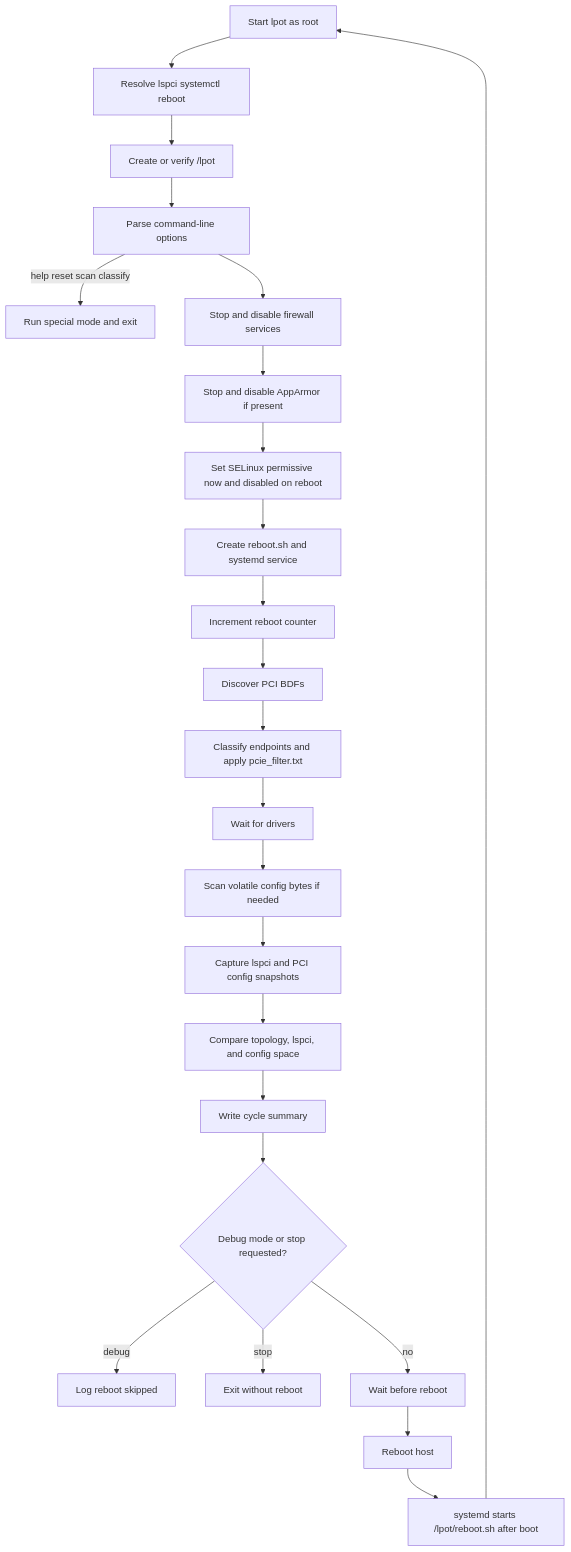
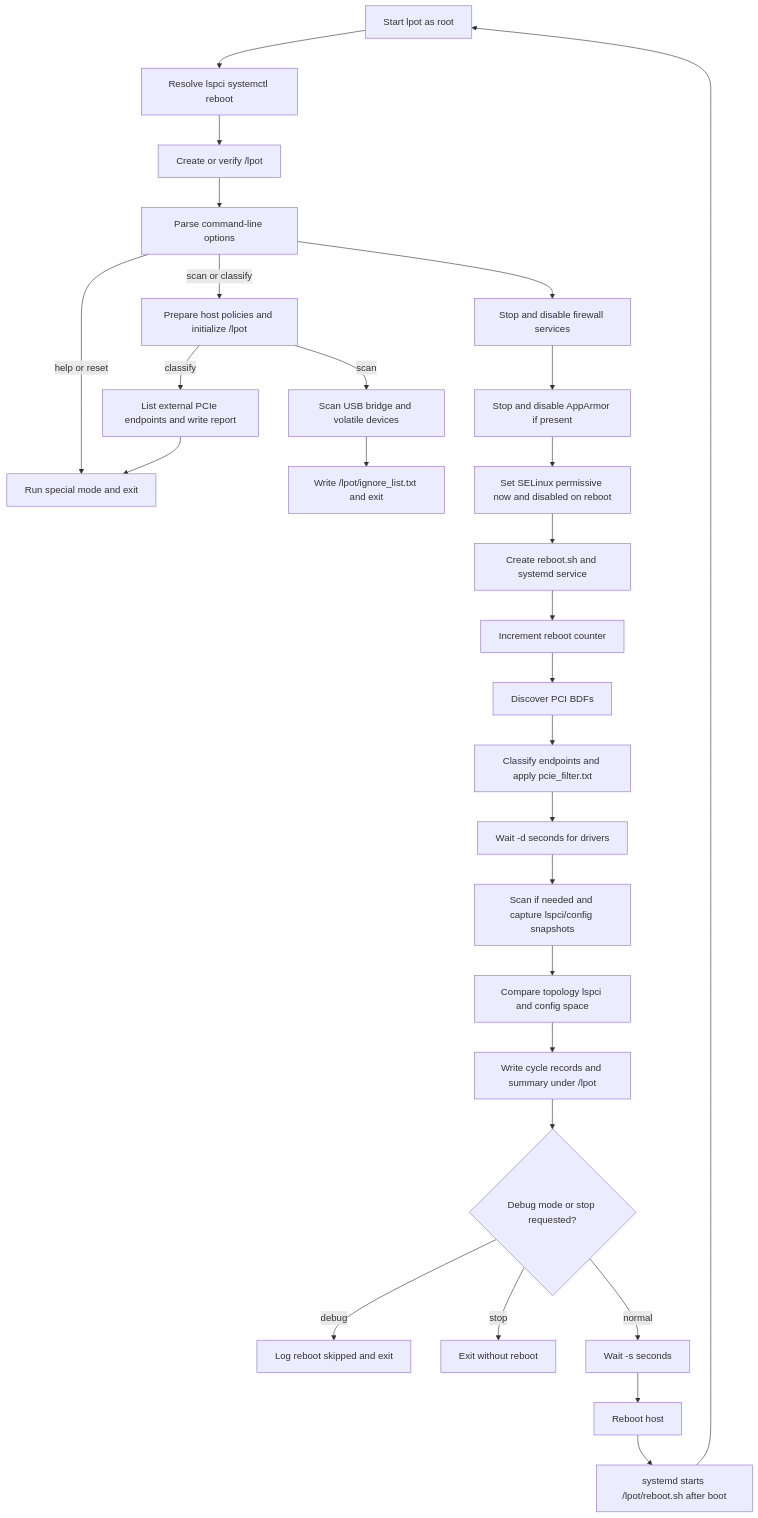
The diagram in README.md (Nephom/lpot), drawn with Mermaid before and after one commit. The commit also changed other lines of this file and 2 other files, not shown here.

Commit message:
Align scan and debug execution flow

````diff
--- a/README.md
+++ b/README.md
@@ -104,26 +104,30 @@
 ```mermaid
 flowchart TD
     A[Start lpot as root] --> B[Resolve lspci systemctl reboot]
     B --> C[Create or verify /lpot]
     C --> D[Parse command-line options]
-    D -->|help reset scan classify| E[Run special mode and exit]
-    D --> F[Stop and disable firewall services]
-    F --> G[Stop and disable AppArmor if present]
-    G --> H[Set SELinux permissive now and disabled on reboot]
-    H --> I[Create reboot.sh and systemd service]
-    I --> J[Increment reboot counter]
-    J --> K[Discover PCI BDFs]
-    K --> L[Classify endpoints and apply pcie_filter.txt]
-    L --> M[Wait for drivers]
-    M --> N[Scan volatile config bytes if needed]
-    N --> O[Capture lspci and PCI config snapshots]
-    O --> P[Compare topology, lspci, and config space]
-    P --> Q[Write cycle summary]
-    Q --> R{Debug mode or stop requested?}
-    R -->|debug| S[Log reboot skipped]
-    R -->|stop| T[Exit without reboot]
-    R -->|no| U[Wait before reboot]
-    U --> V[Reboot host]
-    V --> W[systemd starts /lpot/reboot.sh after boot]
-    W --> A
+    D -->|help or reset| E[Run special mode and exit]
+    D -->|scan or classify| F[Prepare host policies and initialize /lpot]
+    F -->|classify| G[List external PCIe endpoints and write report]
+    F -->|scan| H[Scan USB bridge and volatile devices]
+    G --> E
+    H --> I[Write /lpot/ignore_list.txt and exit]
+    D --> J[Stop and disable firewall services]
+    J --> K[Stop and disable AppArmor if present]
+    K --> L[Set SELinux permissive now and disabled on reboot]
+    L --> M[Create reboot.sh and systemd service]
+    M --> N[Increment reboot counter]
+    N --> O[Discover PCI BDFs]
+    O --> P[Classify endpoints and apply pcie_filter.txt]
+    P --> Q[Wait -d seconds for drivers]
+    Q --> R[Scan if needed and capture lspci/config snapshots]
+    R --> S[Compare topology lspci and config space]
+    S --> T[Write cycle records and summary under /lpot]
+    T --> U{Debug mode or stop requested?}
+    U -->|debug| V[Log reboot skipped and exit]
+    U -->|stop| W[Exit without reboot]
+    U -->|normal| X[Wait -s seconds]
+    X --> Y[Reboot host]
+    Y --> Z[systemd starts /lpot/reboot.sh after boot]
+    Z --> A
 ```
````
